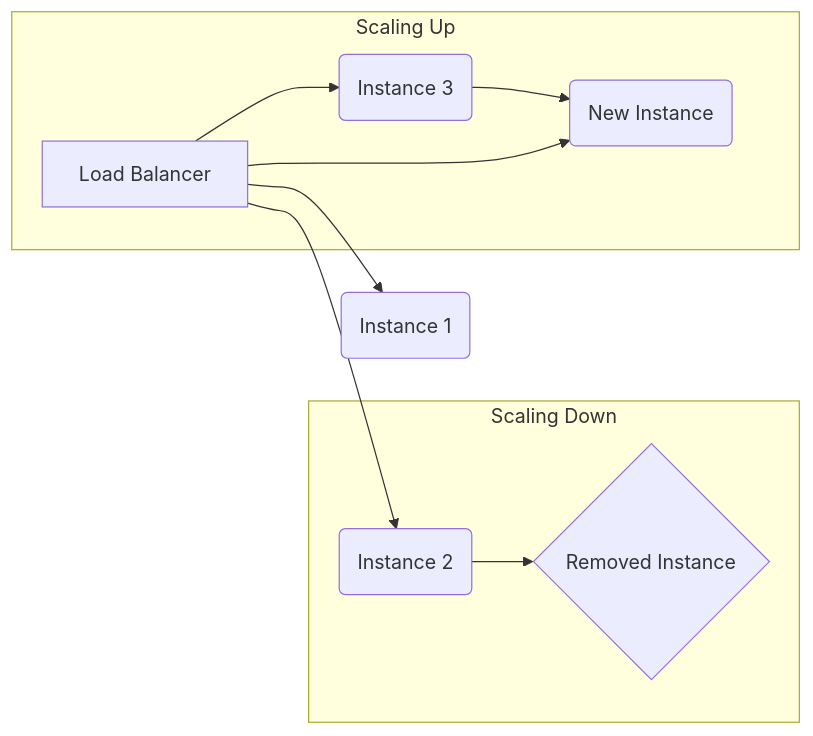
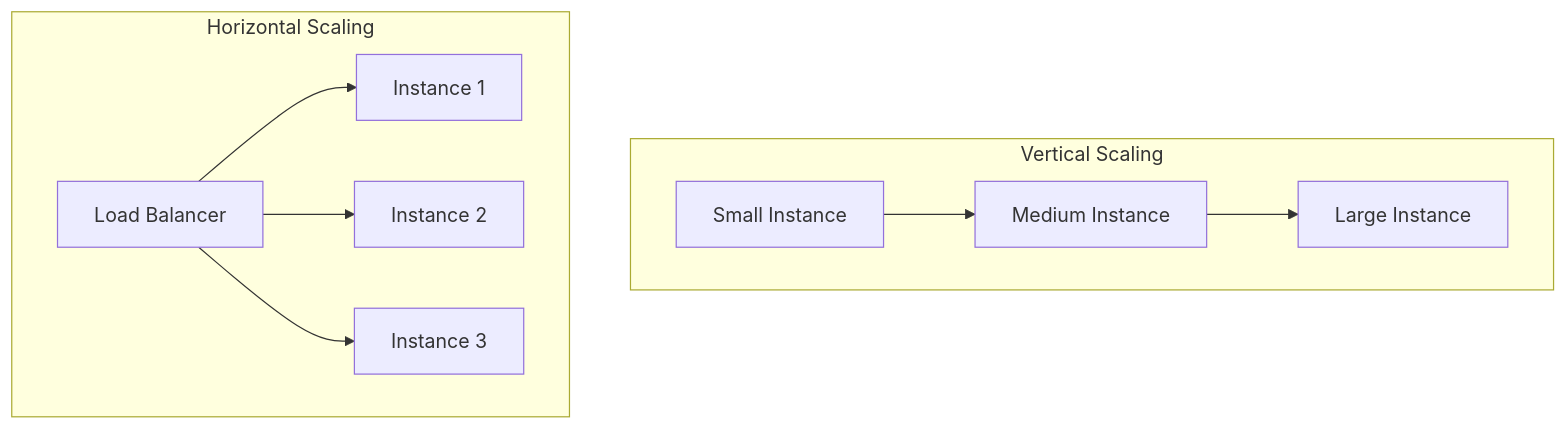
Before and after one commit to muthuspark/system-design: the first of 2 diagrams in posts/scalability/auto-scaling-systems/index.qmd, drawn with Mermaid. The commit also changed other lines of this file and 302 other files, not shown here.

````diff
--- a/posts/scalability/auto-scaling-systems/index.qmd
+++ b/posts/scalability/auto-scaling-systems/index.qmd
@@ -40,14 +36,14 @@
 ```{mermaid}
-graph LR
-    A[Load Balancer] --> B(Instance 1);
-    A --> C(Instance 2);
-    A --> D(Instance 3);
+flowchart TD
+    subgraph "Vertical Scaling"
+        A[Small Instance] --> B[Medium Instance]
+        B --> C[Large Instance]
+    end
 
-    subgraph "Scaling Up"
-        D --> E(New Instance);
-        A --> E;
-    end
-    subgraph "Scaling Down"
-        C --> F{Removed Instance};
+    subgraph "Horizontal Scaling"
+        D[Load Balancer]
+        D --> E[Instance 1]
+        D --> F[Instance 2]
+        D --> G[Instance 3]
     end
 ```
````
